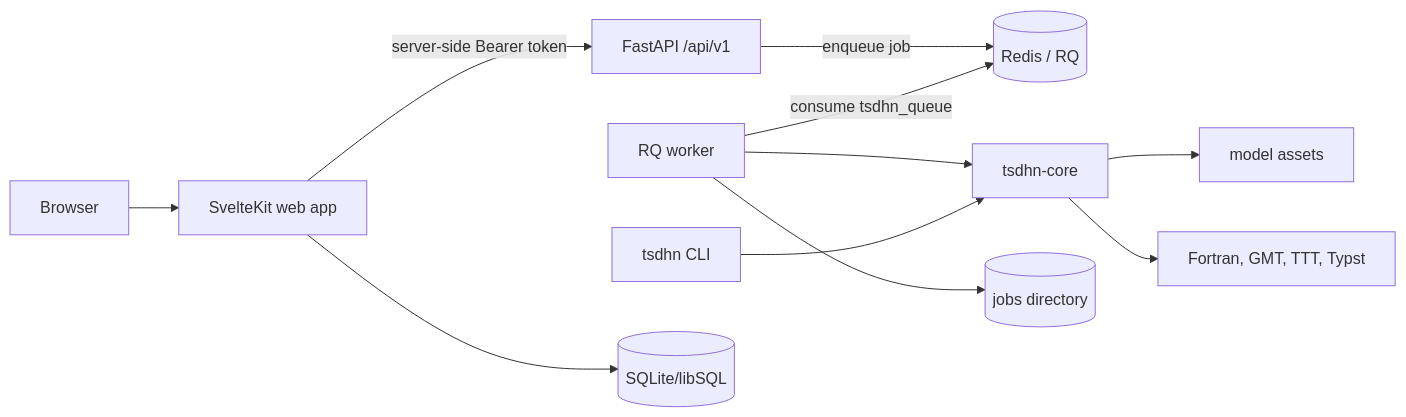
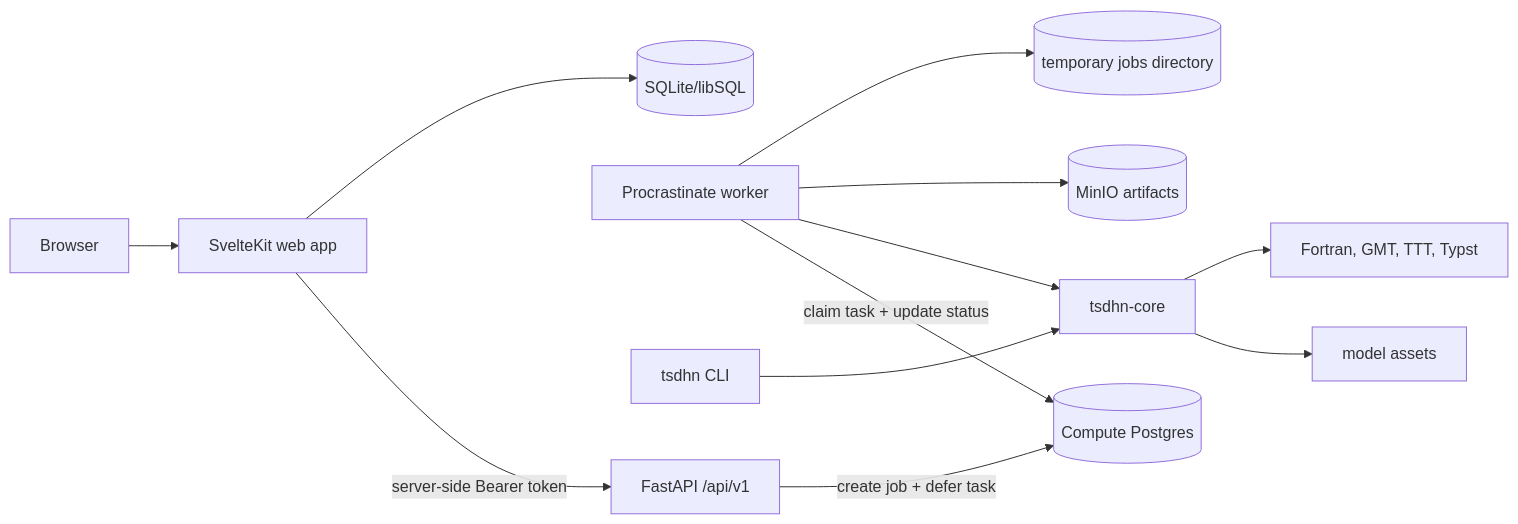
Before and after one commit to totallynotdavid/tsdhn: the diagram in readme.md, drawn with Mermaid. The commit also changed other lines of this file and 4 other files, not shown here.

````diff
--- a/readme.md
+++ b/readme.md
@@ -36,13 +36,14 @@
 ```mermaid
 flowchart LR
     Browser[Browser] --> Web[SvelteKit web app]
     Web -->|server-side Bearer token| API[FastAPI /api/v1]
-    API -->|enqueue job| Redis[(Redis / RQ)]
-    Worker[RQ worker] -->|consume tsdhn_queue| Redis
+    API -->|create job + defer task| PG[(Compute Postgres)]
+    Worker[Procrastinate worker] -->|claim task + update status| PG
     Worker --> Core[tsdhn-core]
     CLI[tsdhn CLI] --> Core
     Core --> Model[model assets]
     Core --> Tools[Fortran, GMT, TTT, Typst]
-    Worker --> Jobs[(jobs directory)]
+    Worker --> MinIO[(MinIO artifacts)]
+    Worker --> Jobs[(temporary jobs directory)]
     Web --> DB[(SQLite/libSQL)]
 ```
````
